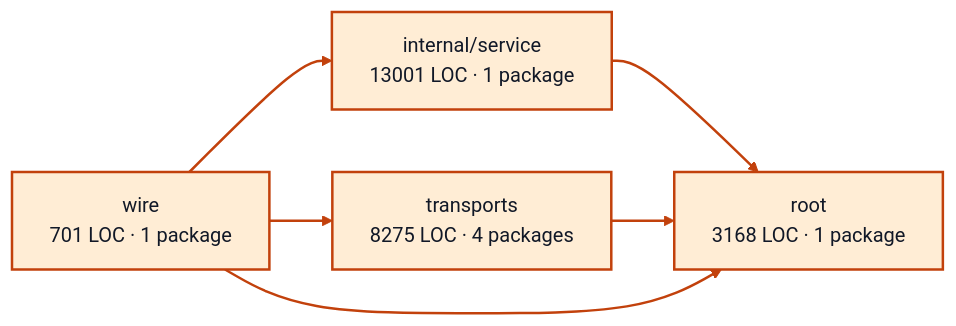
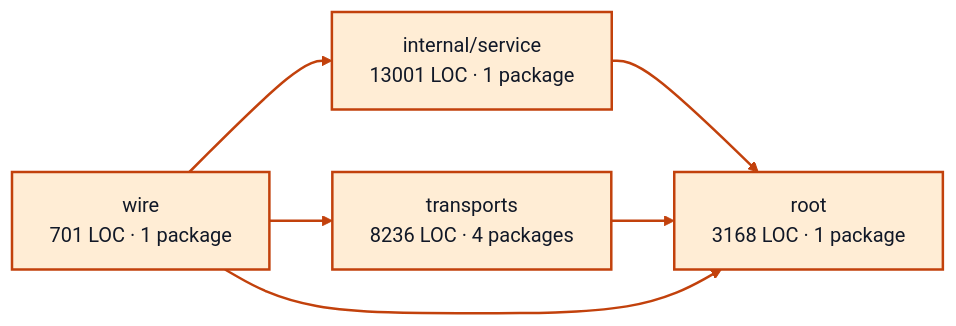
Before and after one commit to portpowered/you-agent-factory: the diagram in docs/architecture/visualizations/services/worker_sessions.md, drawn with Mermaid (forest theme). The commit also changed other lines of this file and 20 other files, not shown here.

Commit message:
docs: refresh backend architecture visualizations

````diff
--- a/docs/architecture/visualizations/services/worker_sessions.md
+++ b/docs/architecture/visualizations/services/worker_sessions.md
@@ -11,17 +11,17 @@
 ```mermaid
 flowchart LR
   p0["internal/service<br/>13001 LOC · 1 package"]
   p1["root<br/>3168 LOC · 1 package"]
-  p2["transports<br/>8275 LOC · 4 packages"]
+  p2["transports<br/>8236 LOC · 4 packages"]
   p3["wire<br/>701 LOC · 1 package"]
   p0 --> p1
   p2 --> p1
   p3 --> p0
   p3 --> p1
   p3 --> p2
   style p0 fill:#ffedd5,stroke:#c2410c,stroke-width:2px,color:#111827
   style p1 fill:#ffedd5,stroke:#c2410c,stroke-width:2px,color:#111827
   style p2 fill:#ffedd5,stroke:#c2410c,stroke-width:2px,color:#111827
   style p3 fill:#ffedd5,stroke:#c2410c,stroke-width:2px,color:#111827
   linkStyle default stroke:#c2410c,stroke-width:2px
 ```
````
